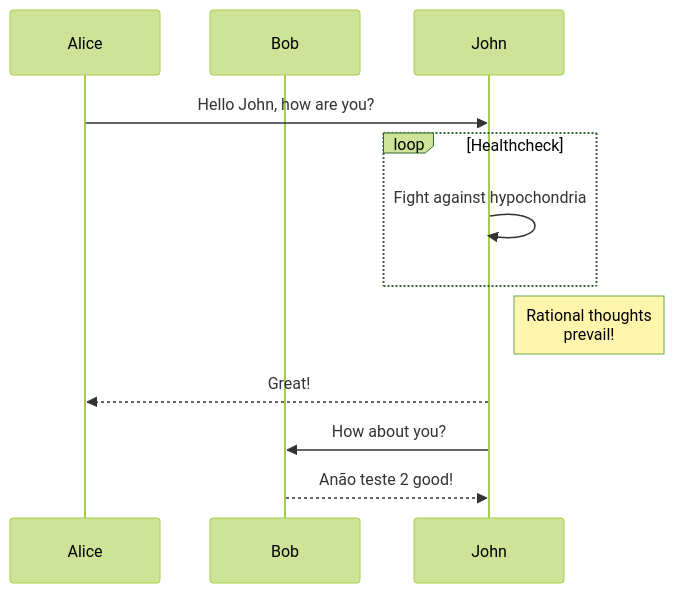
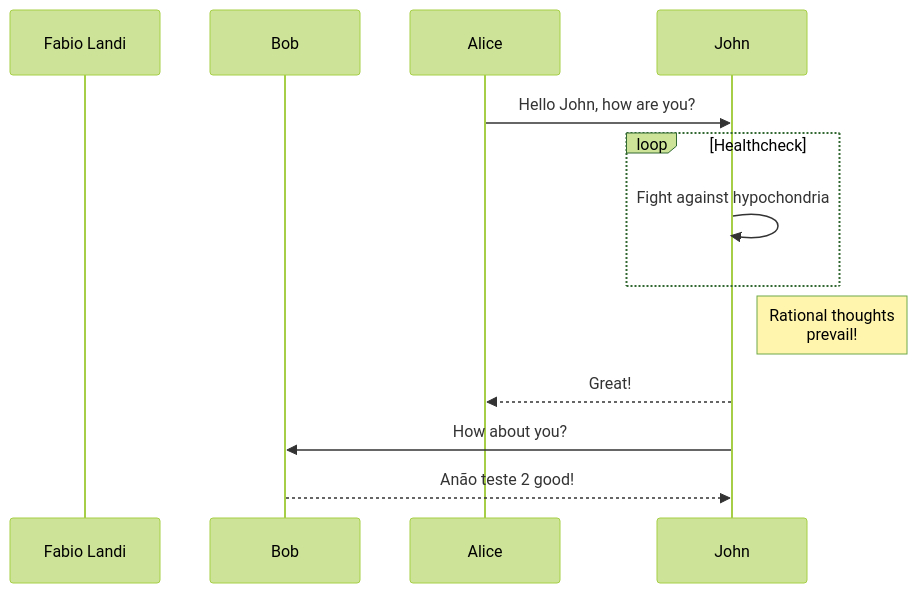
The diagram in diagrams/some-service/some-service.md (SalehKhalilMP/mermaid-test), drawn with Mermaid (forest theme) before and after one commit. The commit also changed 1 other file, not shown here.

Commit message:
change some-service

````diff
--- a/diagrams/some-service/some-service.md
+++ b/diagrams/some-service/some-service.md
@@ -1,13 +1,13 @@
 ```mermaid
 sequenceDiagram
-    participant Alice
+    participant Fabio Landi
     participant Bob
     Alice->>John: Hello John, how are you?
     loop Healthcheck
         John->>John: Fight against hypochondria
     end
     Note right of John: Rational thoughts <br/>prevail!
     John-->>Alice: Great!
     John->>Bob: How about you?
     Bob-->>John: Anão teste 2 good!
 ```
````
